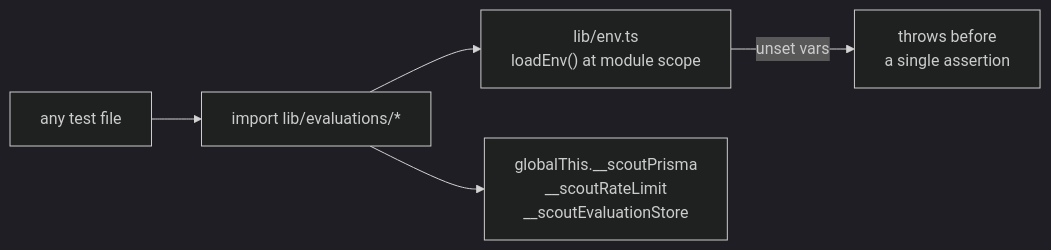
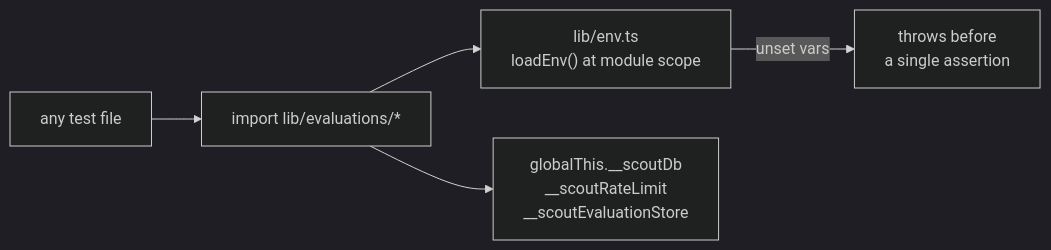
One commit to aftermerge0/scout-ai changed the seventh of 9 diagrams in docs/ARCHITECTURE_REVIEW.md. Above: the diagram before and after it, drawn with Mermaid (dark theme). The commit also changed other lines of this file, not shown here.

First line of the commit message:
docs: pick Drizzle over Prisma; Zod + drizzle-orm/zod contracts

````diff
--- a/docs/ARCHITECTURE_REVIEW.md
+++ b/docs/ARCHITECTURE_REVIEW.md
@@ -503,7 +560,7 @@
 ```mermaid
 flowchart LR
   T["any test file"] --> M["import lib/evaluations/*"]
   M --> E["lib/env.ts<br/>loadEnv() at module scope"]
   E -->|"unset vars"| X["throws before<br/>a single assertion"]
-  M --> G["globalThis.__scoutPrisma<br/>__scoutRateLimit<br/>__scoutEvaluationStore"]
+  M --> G["globalThis.__scoutDb<br/>__scoutRateLimit<br/>__scoutEvaluationStore"]
 ```
````
